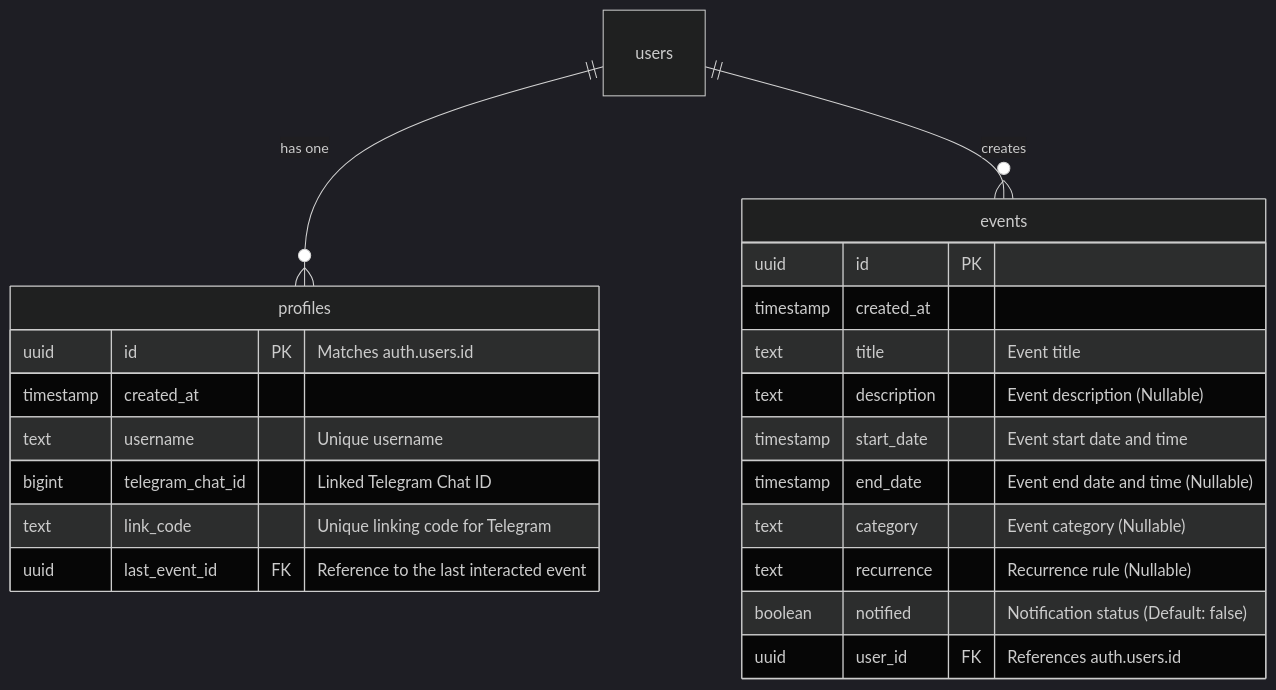
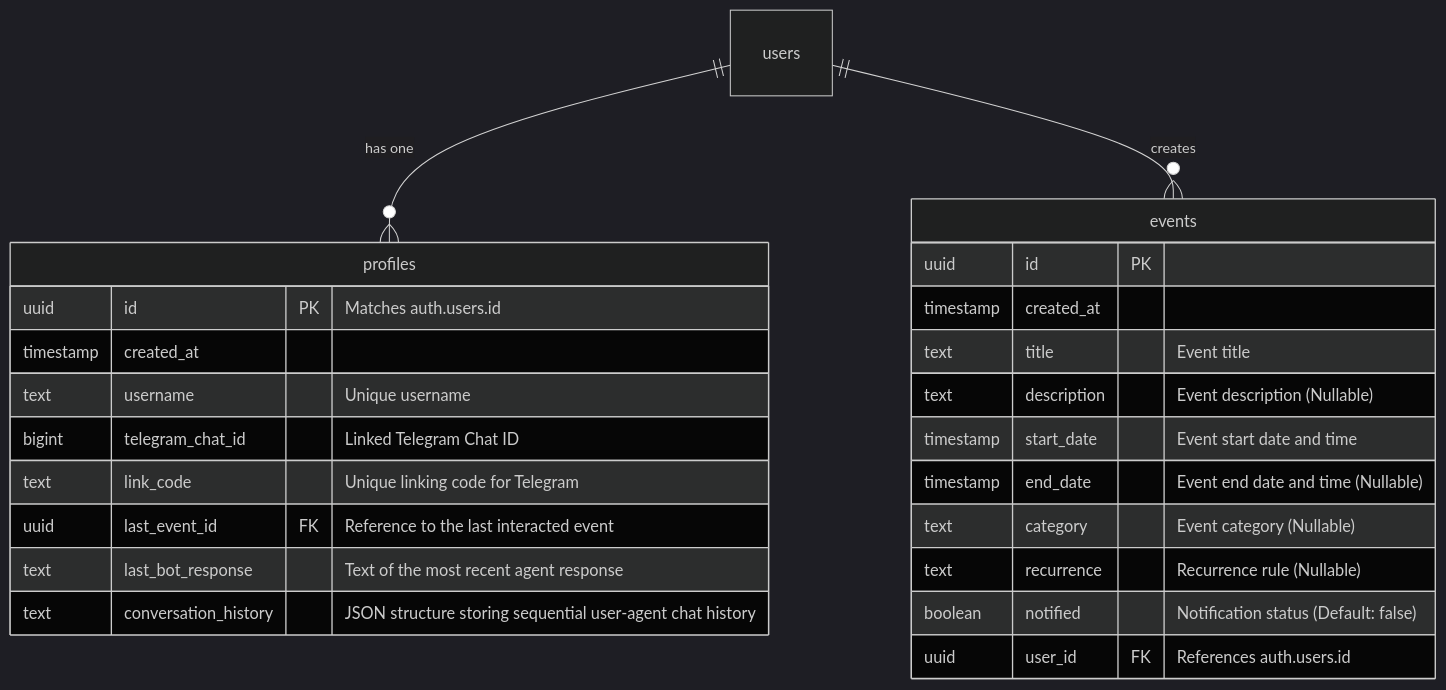
One commit to MPK2004/Smart-Scheduling changed the diagram in README.md. Above: the diagram before and after it, drawn with Mermaid (dark theme). The commit also changed other lines of this file, not shown here.

````diff
--- a/README.md
+++ b/README.md
@@ -51,27 +52,29 @@
 ```mermaid
 erDiagram
     users ||--o{ profiles : "has one"
     users ||--o{ events : "creates"
 
     profiles {
         uuid id PK "Matches auth.users.id"
         timestamp created_at
         text username "Unique username"
         bigint telegram_chat_id "Linked Telegram Chat ID"
         text link_code "Unique linking code for Telegram"
         uuid last_event_id FK "Reference to the last interacted event"
+        text last_bot_response "Text of the most recent agent response"
+        text conversation_history "JSON structure storing sequential user-agent chat history"
     }
 
     events {
         uuid id PK
         timestamp created_at
         text title "Event title"
         text description "Event description (Nullable)"
         timestamp start_date "Event start date and time"
         timestamp end_date "Event end date and time (Nullable)"
         text category "Event category (Nullable)"
         text recurrence "Recurrence rule (Nullable)"
         boolean notified "Notification status (Default: false)"
         uuid user_id FK "References auth.users.id"
     }
 ```
````
